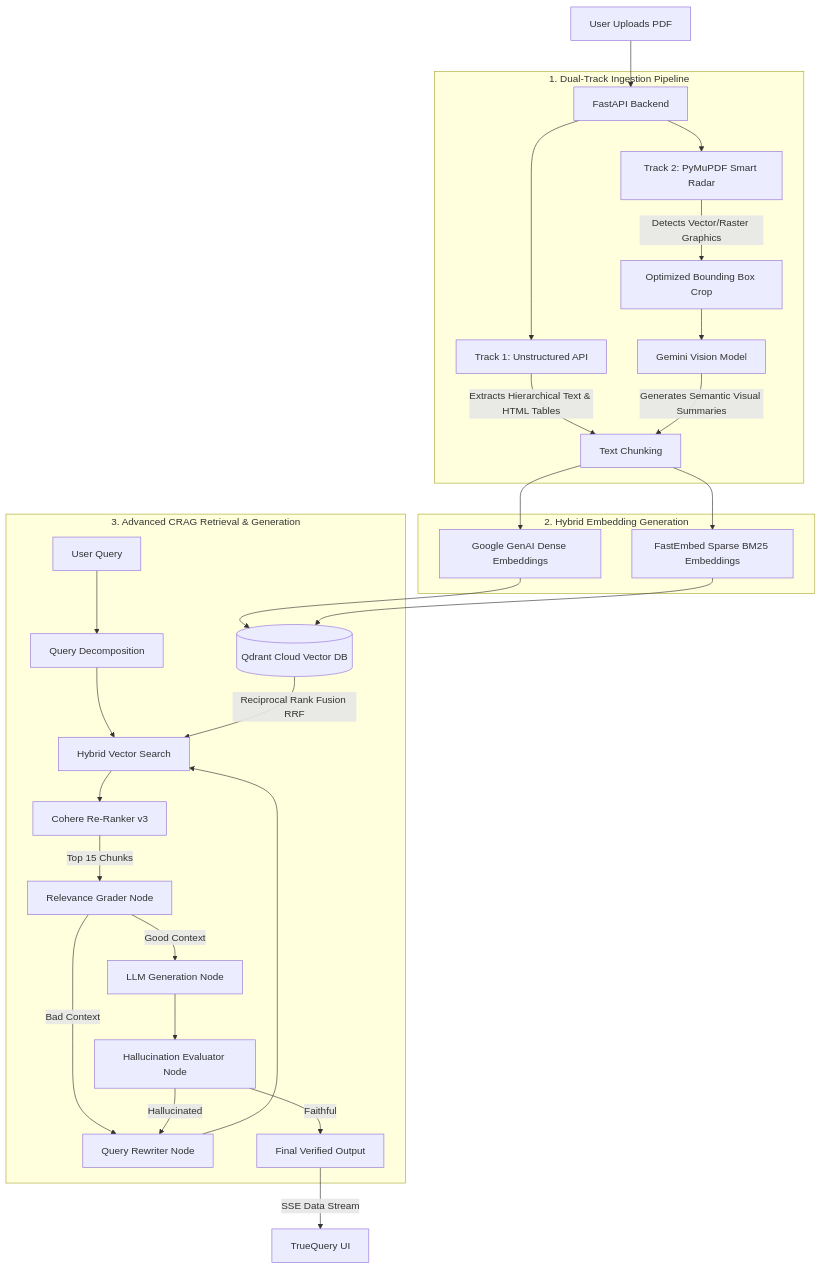
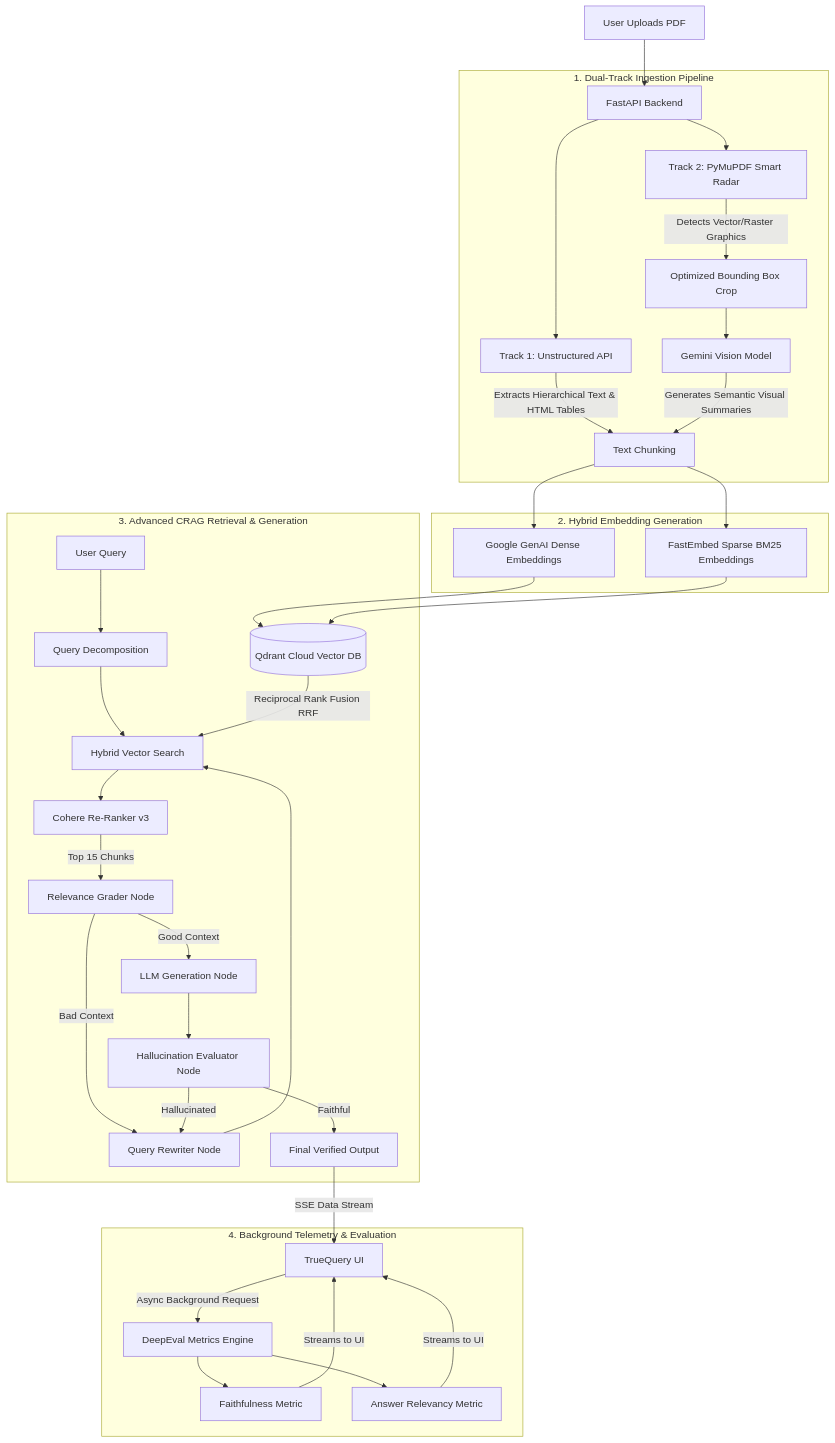
The diagram in README.md (Sid1396-byte/multimodal-crag-engine), drawn with Mermaid before and after one commit.

Commit message:
docs: add asynchronous DeepEval background execution to architecture diagram

````diff
--- a/README.md
+++ b/README.md
@@ -15,41 +15,49 @@
 ```mermaid
 graph TD
     A[User Uploads PDF] --> B[FastAPI Backend]
     
     subgraph 1. Dual-Track Ingestion Pipeline
         B --> C[Track 1: Unstructured API]
         B --> D[Track 2: PyMuPDF Smart Radar]
         
         C -->|Extracts Hierarchical Text & HTML Tables| E[Text Chunking]
         D -->|Detects Vector/Raster Graphics| F[Optimized Bounding Box Crop]
         F --> G[Gemini Vision Model]
         G -->|Generates Semantic Visual Summaries| E
     end
     
     subgraph 2. Hybrid Embedding Generation
         E --> H[Google GenAI Dense Embeddings]
         E --> I[FastEmbed Sparse BM25 Embeddings]
     end
     
     H --> J[(Qdrant Cloud Vector DB)]
     I --> J
     
     subgraph 3. Advanced CRAG Retrieval & Generation
         K[User Query] --> L[Query Decomposition]
         L --> M[Hybrid Vector Search]
         J -->|Reciprocal Rank Fusion RRF| M
         M --> N[Cohere Re-Ranker v3]
         N -->|Top 15 Chunks| O[Relevance Grader Node]
         
         O -->|Bad Context| P[Query Rewriter Node]
         P --> M
         
         O -->|Good Context| Q[LLM Generation Node]
         Q --> R[Hallucination Evaluator Node]
         
         R -->|Hallucinated| P
         R -->|Faithful| S[Final Verified Output]
     end
     
     S -->|SSE Data Stream| T[TrueQuery UI]
+    
+    subgraph 4. Background Telemetry & Evaluation
+        T -->|Async Background Request| U[DeepEval Metrics Engine]
+        U --> V[Faithfulness Metric]
+        U --> W[Answer Relevancy Metric]
+        V -->|Streams to UI| T
+        W -->|Streams to UI| T
+    end
 ```
````
